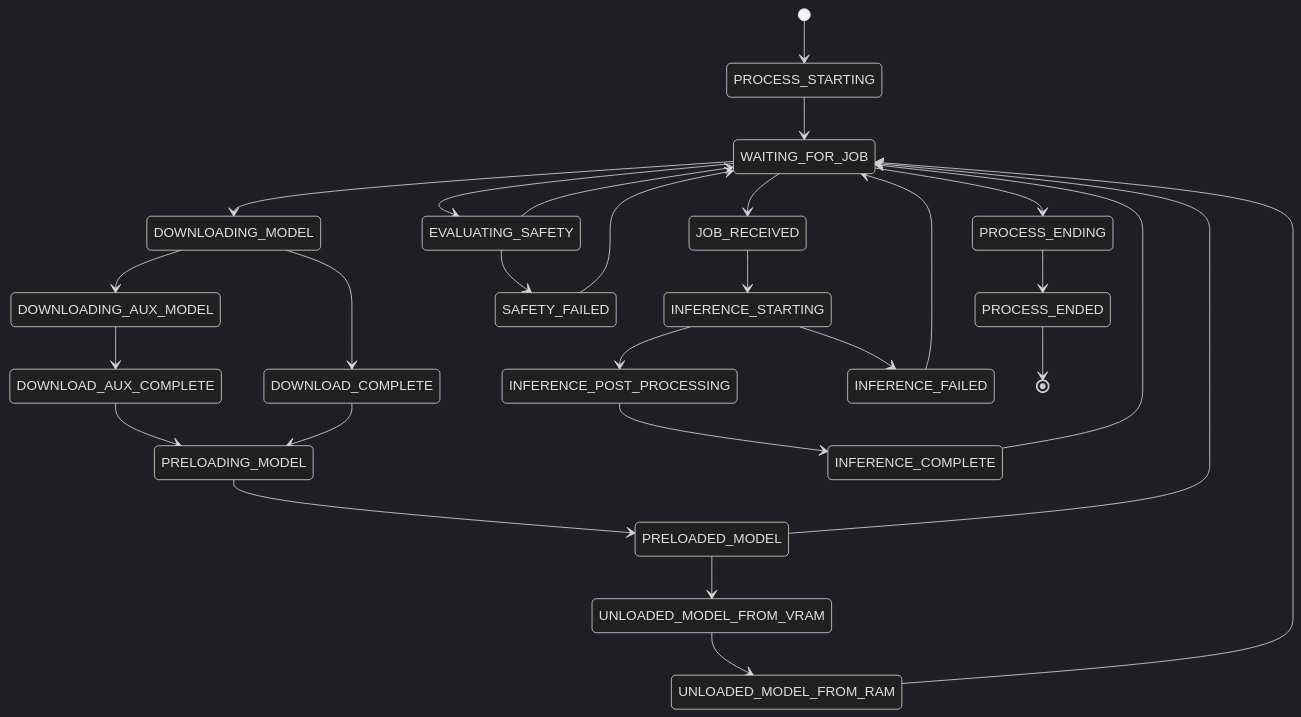
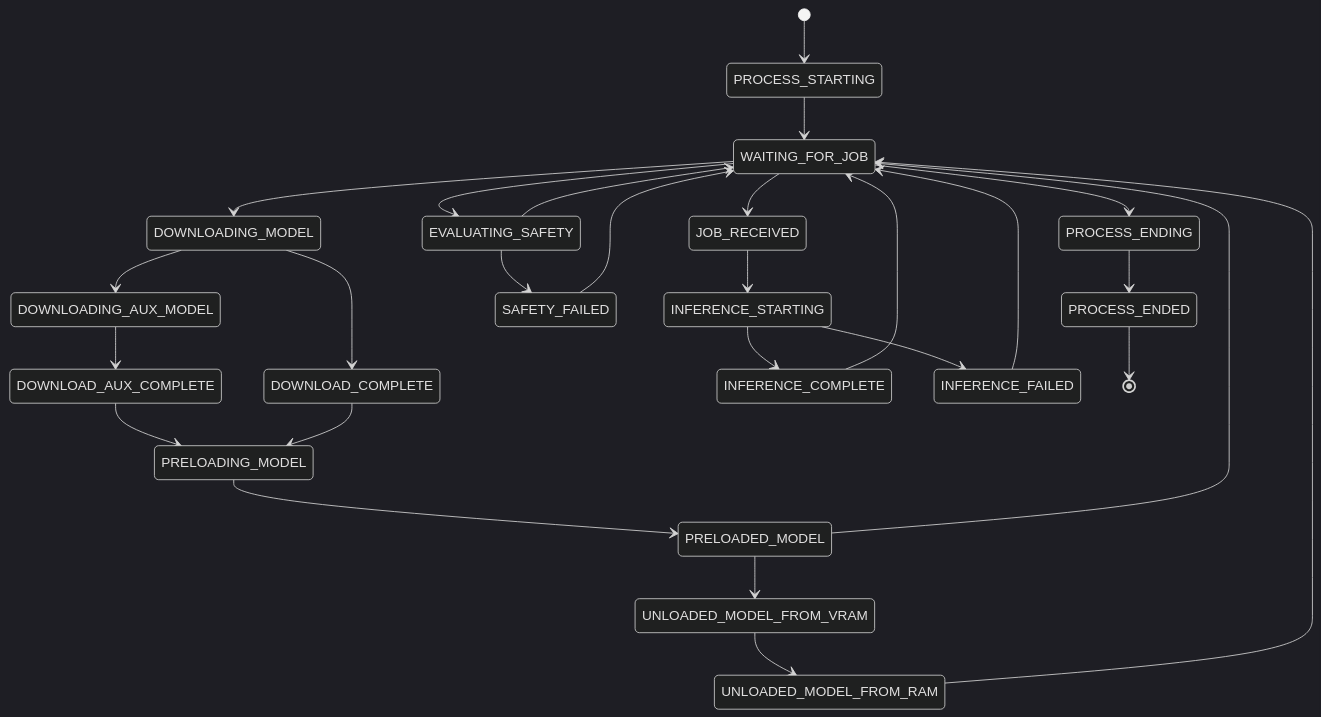
One commit to tazlin/horde-worker-reGen changed the diagram in docs/explanation/ipc_and_messaging.md. Above: the diagram before and after it, drawn with Mermaid (dark theme). The commit also changed 76 other files, not shown here.

First line of the commit message:
feat: dedicate post-processing to standalone lane process

````diff
--- a/docs/explanation/ipc_and_messaging.md
+++ b/docs/explanation/ipc_and_messaging.md
@@ -77,30 +77,29 @@
 ```mermaid
 stateDiagram-v2
     [*] --> PROCESS_STARTING
     PROCESS_STARTING --> WAITING_FOR_JOB
     WAITING_FOR_JOB --> DOWNLOADING_MODEL
     DOWNLOADING_MODEL --> DOWNLOAD_COMPLETE
     DOWNLOADING_MODEL --> DOWNLOADING_AUX_MODEL
     DOWNLOADING_AUX_MODEL --> DOWNLOAD_AUX_COMPLETE
     DOWNLOAD_AUX_COMPLETE --> PRELOADING_MODEL
     DOWNLOAD_COMPLETE --> PRELOADING_MODEL
     PRELOADING_MODEL --> PRELOADED_MODEL
     PRELOADED_MODEL --> WAITING_FOR_JOB
     PRELOADED_MODEL --> UNLOADED_MODEL_FROM_VRAM
     UNLOADED_MODEL_FROM_VRAM --> UNLOADED_MODEL_FROM_RAM
     UNLOADED_MODEL_FROM_RAM --> WAITING_FOR_JOB
     WAITING_FOR_JOB --> JOB_RECEIVED
     JOB_RECEIVED --> INFERENCE_STARTING
-    INFERENCE_STARTING --> INFERENCE_POST_PROCESSING
-    INFERENCE_POST_PROCESSING --> INFERENCE_COMPLETE
+    INFERENCE_STARTING --> INFERENCE_COMPLETE
     INFERENCE_STARTING --> INFERENCE_FAILED
     INFERENCE_COMPLETE --> WAITING_FOR_JOB
     INFERENCE_FAILED --> WAITING_FOR_JOB
     WAITING_FOR_JOB --> EVALUATING_SAFETY
     EVALUATING_SAFETY --> WAITING_FOR_JOB
     EVALUATING_SAFETY --> SAFETY_FAILED
     SAFETY_FAILED --> WAITING_FOR_JOB
     WAITING_FOR_JOB --> PROCESS_ENDING
     PROCESS_ENDING --> PROCESS_ENDED
     PROCESS_ENDED --> [*]
 ```
````
